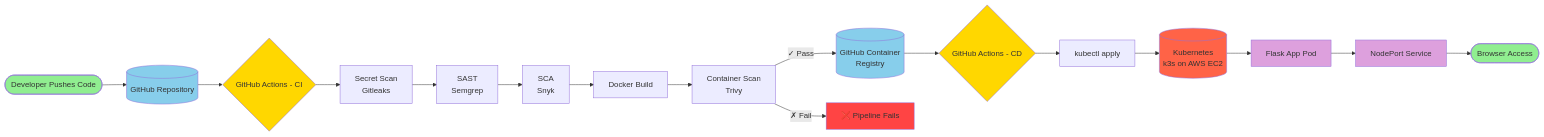
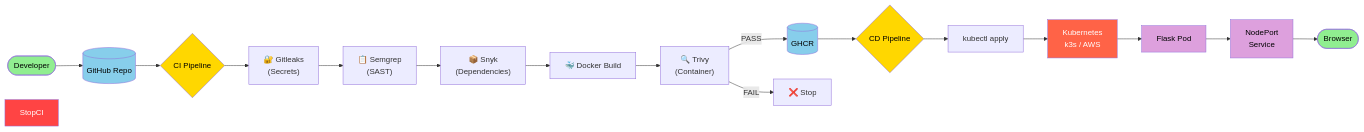
One commit to Smileyfa/devsecops-flask changed the diagram in README.md. Above: the diagram before and after it, drawn with Mermaid.

Commit message:
Change colour to make it visible

````diff
--- a/README.md
+++ b/README.md
@@ -200,34 +200,34 @@
 ```mermaid
 flowchart LR
-    Dev([Developer Pushes Code]) --> GitHubRepo[(GitHub Repository)]
+    Dev([Developer]) --> Repo[(GitHub Repo)]
 
-    GitHubRepo --> CI{GitHub Actions - CI}
+    Repo --> CI{CI Pipeline}
 
-    CI --> Gitleaks[Secret Scan<br/>Gitleaks]
-    Gitleaks --> Semgrep[SAST<br/>Semgrep]
-    Semgrep --> Snyk[SCA<br/>Snyk]
-    Snyk --> DockerBuild[Docker Build]
-    DockerBuild --> Trivy[Container Scan<br/>Trivy]
+    CI --> S1["🔐 Gitleaks<br/>(Secrets)"]
+    S1 --> S2["📋 Semgrep<br/>(SAST)"]
+    S2 --> S3["📦 Snyk<br/>(Dependencies)"]
+    S3 --> S4["🐳 Docker Build"]
+    S4 --> S5["🔍 Trivy<br/>(Container)"]
 
-    Trivy -->|✓ Pass| GHCR[(GitHub Container<br/>Registry)]
-    Trivy -->|✗ Fail| StopCI[❌ Pipeline Fails]
+    S5 -->|PASS| GHCR[(GHCR)]
+    S5 -->|FAIL| Stop["❌ Stop"]
 
-    GHCR --> CD{GitHub Actions - CD}
-    CD --> Kubectl[kubectl apply]
+    GHCR --> CD{CD Pipeline}
+    CD --> Deploy["kubectl apply"]
 
-    Kubectl --> K8s[(Kubernetes<br/>k3s on AWS EC2)]
-    K8s --> Pod[Flask App Pod]
-    Pod --> Service[NodePort Service]
-    Service --> User([Browser Access])
+    Deploy --> K8s["Kubernetes<br/>k3s / AWS"]
+    K8s --> Pod["Flask Pod"]
+    Pod --> Service["NodePort<br/>Service"]
+    Service --> User([Browser])
     
-    style Dev fill:#90EE90
-    style GitHubRepo fill:#87CEEB
-    style CI fill:#FFD700
-    style CD fill:#FFD700
-    style GHCR fill:#87CEEB
-    style K8s fill:#FF6347
-    style Pod fill:#DDA0DD
-    style Service fill:#DDA0DD
-    style User fill:#90EE90
-    style StopCI fill:#FF4444
+    style Dev fill:#90EE90,color:#000
+    style Repo fill:#87CEEB,color:#000
+    style CI fill:#FFD700,color:#000
+    style CD fill:#FFD700,color:#000
+    style GHCR fill:#87CEEB,color:#000
+    style K8s fill:#FF6347,color:#fff
+    style Pod fill:#DDA0DD,color:#000
+    style Service fill:#DDA0DD,color:#000
+    style User fill:#90EE90,color:#000
+    style StopCI fill:#FF4444,color:#fff
 ```
````
